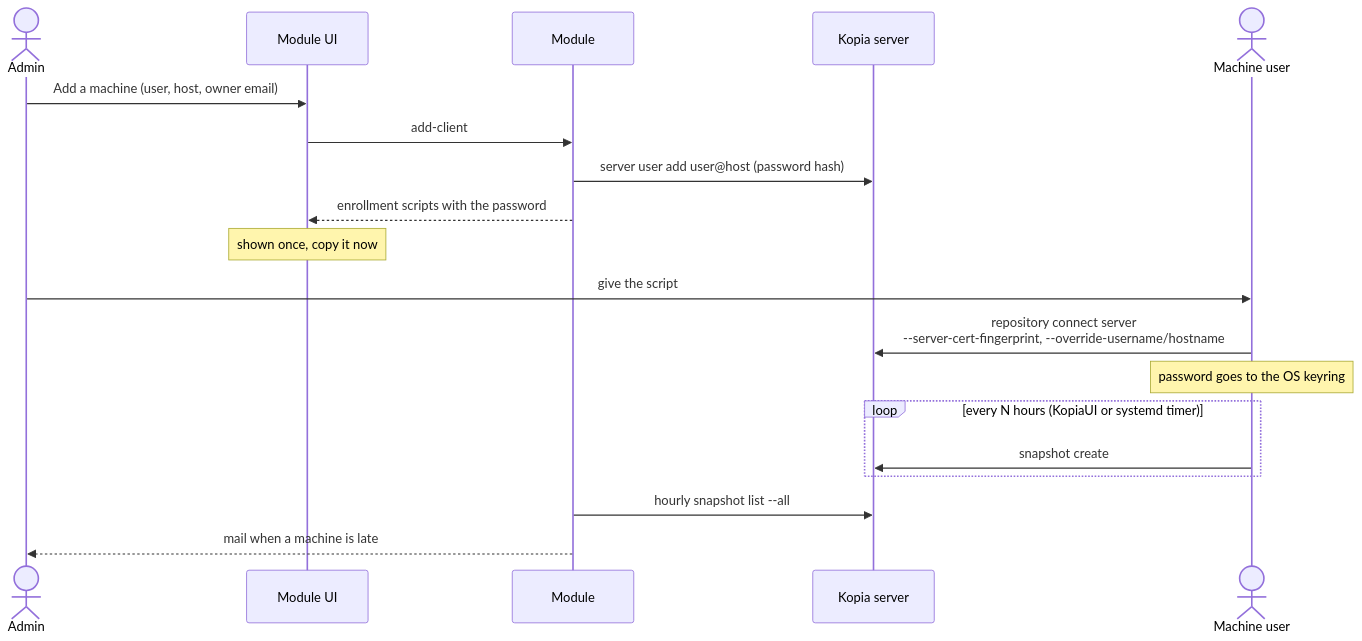
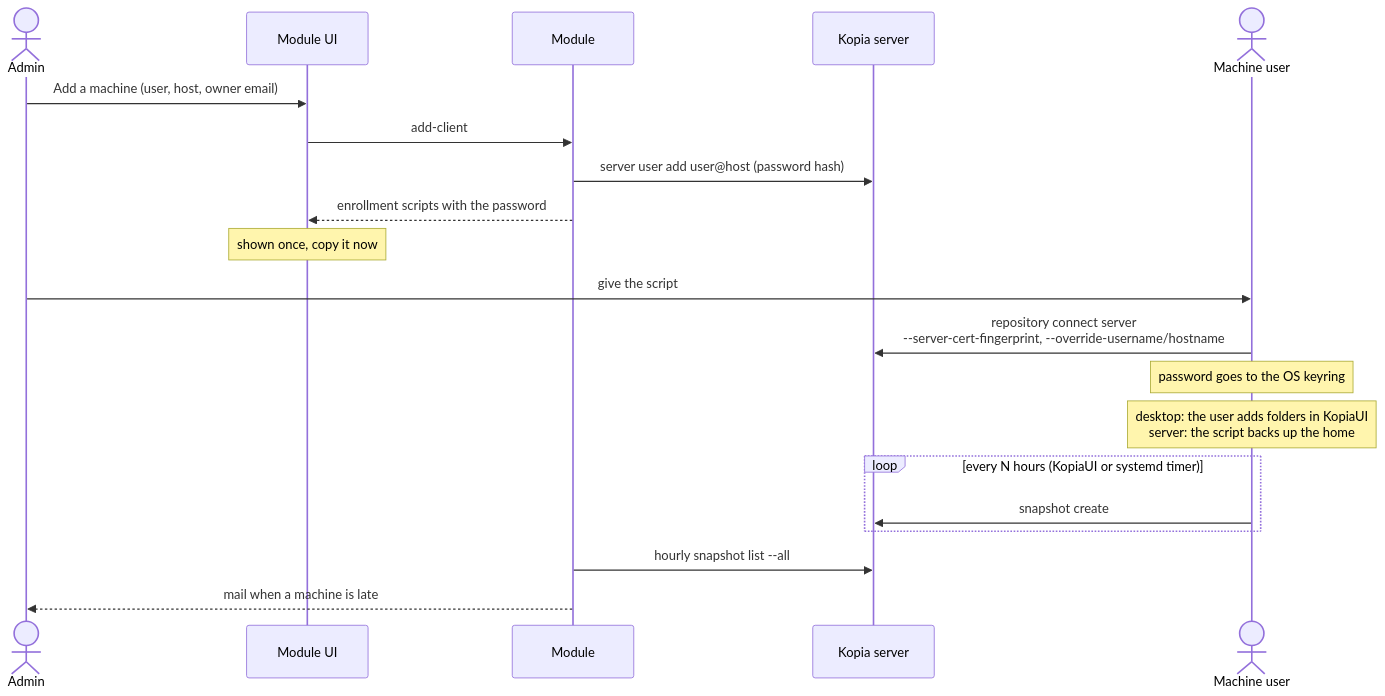
One commit to stephdl/ns8-kopia changed the third of 3 diagrams in README.md. Above: the diagram before and after it, drawn with Mermaid. The commit also changed other lines of this file and 5 other files, not shown here.

First line of the commit message:
feat: let the user pick the folders to back up (#10)

````diff
--- a/README.md
+++ b/README.md
@@ -85,21 +85,22 @@
 ```mermaid
 sequenceDiagram
     actor Admin
     participant UI as Module UI
     participant Mod as Module
     participant K as Kopia server
     actor User as Machine user
     Admin->>UI: Add a machine (user, host, owner email)
     UI->>Mod: add-client
     Mod->>K: server user add user@host (password hash)
     Mod-->>UI: enrollment scripts with the password
     Note over UI: shown once, copy it now
     Admin->>User: give the script
     User->>K: repository connect server<br/>--server-cert-fingerprint, --override-username/hostname
     Note over User: password goes to the OS keyring
+    Note over User: desktop: the user adds folders in KopiaUI<br/>server: the script backs up the home
     loop every N hours (KopiaUI or systemd timer)
         User->>K: snapshot create
     end
     Mod->>K: hourly snapshot list --all
     Mod-->>Admin: mail when a machine is late
 ```
````
